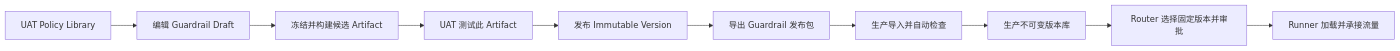
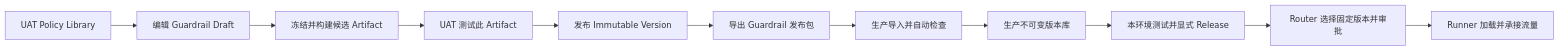
One commit to tasklattice/tasklattice-guard changed the diagram in docs/guardrail-self-contained-promotion-design.zh-CN.md. Above: the diagram before and after it, drawn with Mermaid. The commit also changed other lines of this file and 76 other files, not shown here.

```diff
--- a/docs/guardrail-self-contained-promotion-design.zh-CN.md
+++ b/docs/guardrail-self-contained-promotion-design.zh-CN.md
@@ -40,12 +40,13 @@
 ~~~mermaid
 flowchart LR
   L[UAT Policy Library] --> D[编辑 Guardrail Draft]
   D --> B[冻结并构建候选 Artifact]
   B --> T[UAT 测试此 Artifact]
   T --> V[发布 Immutable Version]
   V --> E[导出 Guardrail 发布包]
   E --> I[生产导入并自动检查]
   I --> S[生产不可变版本库]
-  S --> R[Router 选择固定版本并审批]
+  S --> LT[本环境测试并显式 Release]
+  LT --> R[Router 选择固定版本并审批]
   R --> P[Runner 加载并承接流量]
 ~~~
```
